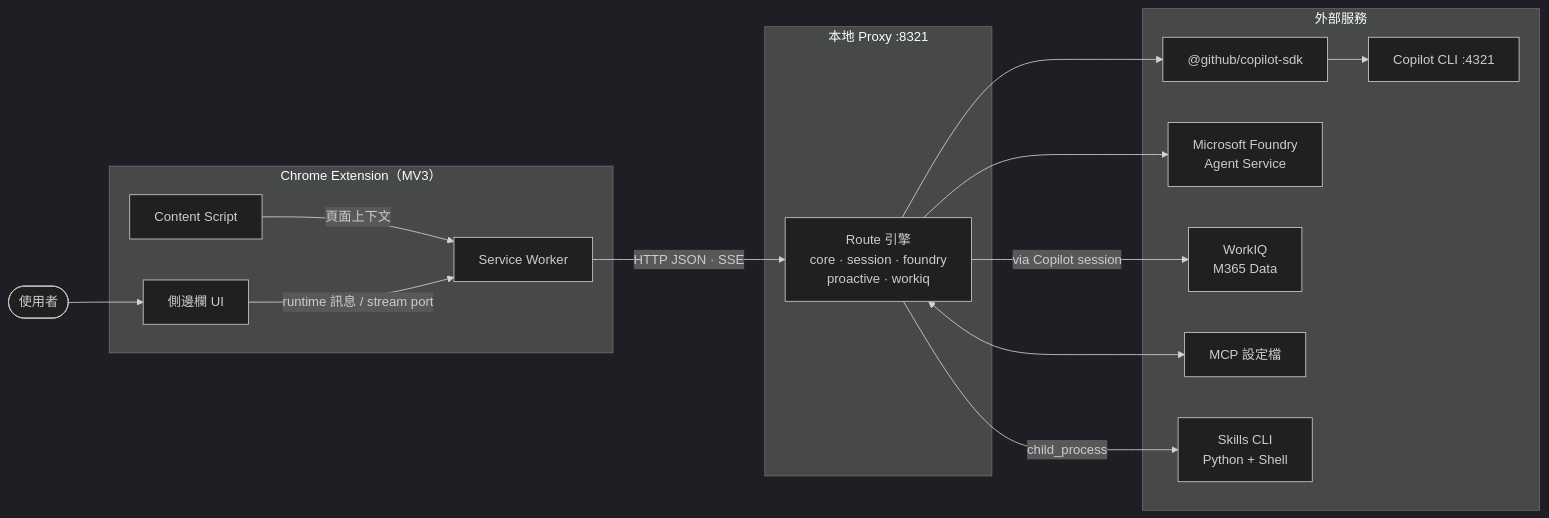
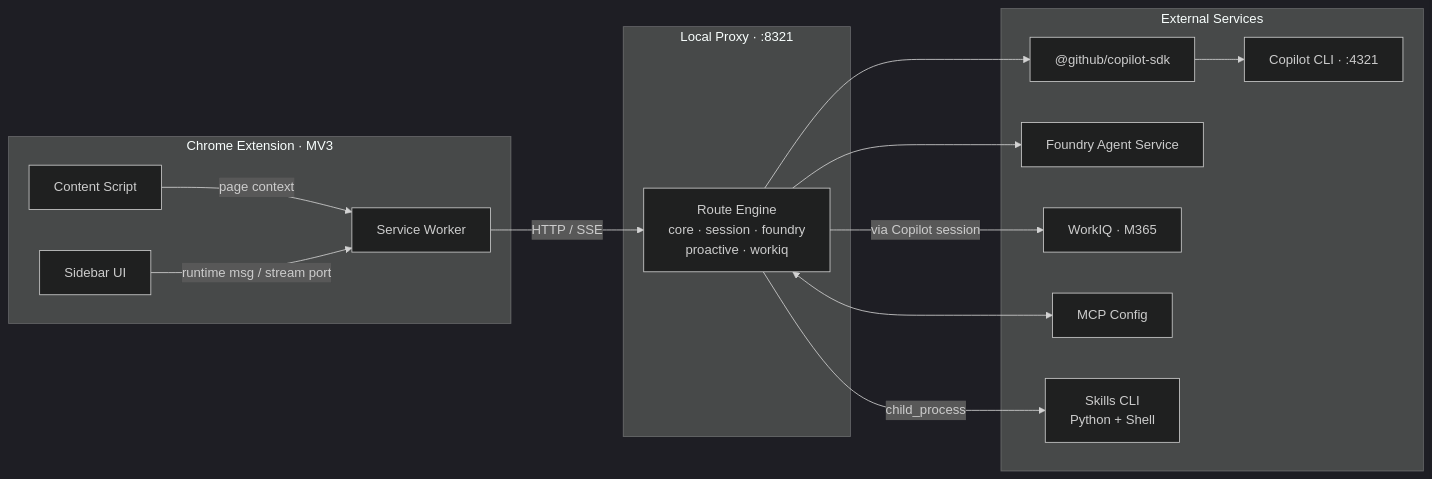
One commit to payton-chou-ms/browser-ext-for-iq-agent changed the first of 9 diagrams in docs/architecture.md. Above: the diagram before and after it, drawn with Mermaid (dark theme). The commit also changed other lines of this file and 80 other files, not shown here.

Commit message:
Remove old proxy implementation and add image path transformation in session routes

````diff
--- a/docs/architecture.md
+++ b/docs/architecture.md
@@ -12,33 +11,30 @@
 ```mermaid
 flowchart LR
-  U([使用者])
-
-  subgraph Extension["Chrome Extension（MV3）"]
-    SP[側邊欄 UI]
-    BG[Service Worker]
-    CS[Content Script]
+  subgraph Extension["Chrome Extension · MV3"]
+    SP["Sidebar UI"]
+    BG["Service Worker"]
+    CS["Content Script"]
   end
 
-  subgraph Proxy["本地 Proxy :8321"]
-    RT[Route 引擎<br/>core · session · foundry<br/>proactive · workiq]
+  subgraph Proxy["Local Proxy · :8321"]
+    RT["Route Engine<br/>core · session · foundry<br/>proactive · workiq"]
   end
 
-  subgraph External[外部服務]
+  subgraph External["External Services"]
     SDK["@github/copilot-sdk"]
-    CLI[Copilot CLI :4321]
-    FD[Microsoft Foundry<br/>Agent Service]
-    WIQ[WorkIQ<br/>M365 Data]
-    MCP[MCP 設定檔]
-    SK[Skills CLI<br/>Python + Shell]
+    CLI["Copilot CLI · :4321"]
+    FD["Foundry Agent Service"]
+    WIQ["WorkIQ · M365"]
+    MCP["MCP Config"]
+    SK["Skills CLI<br/>Python + Shell"]
   end
 
-  U --> SP
-  CS -->|頁面上下文| BG
-  SP -->|runtime 訊息 / stream port| BG
-  BG -->|HTTP JSON · SSE| RT
+  CS -- page context --> BG
+  SP -- runtime msg / stream port --> BG
+  BG -- HTTP / SSE --> RT
   RT --> SDK --> CLI
   RT --> FD
-  RT -->|via Copilot session| WIQ
+  RT -- via Copilot session --> WIQ
   RT <--> MCP
-  RT -->|child_process| SK
+  RT -- child_process --> SK
 ```
````
